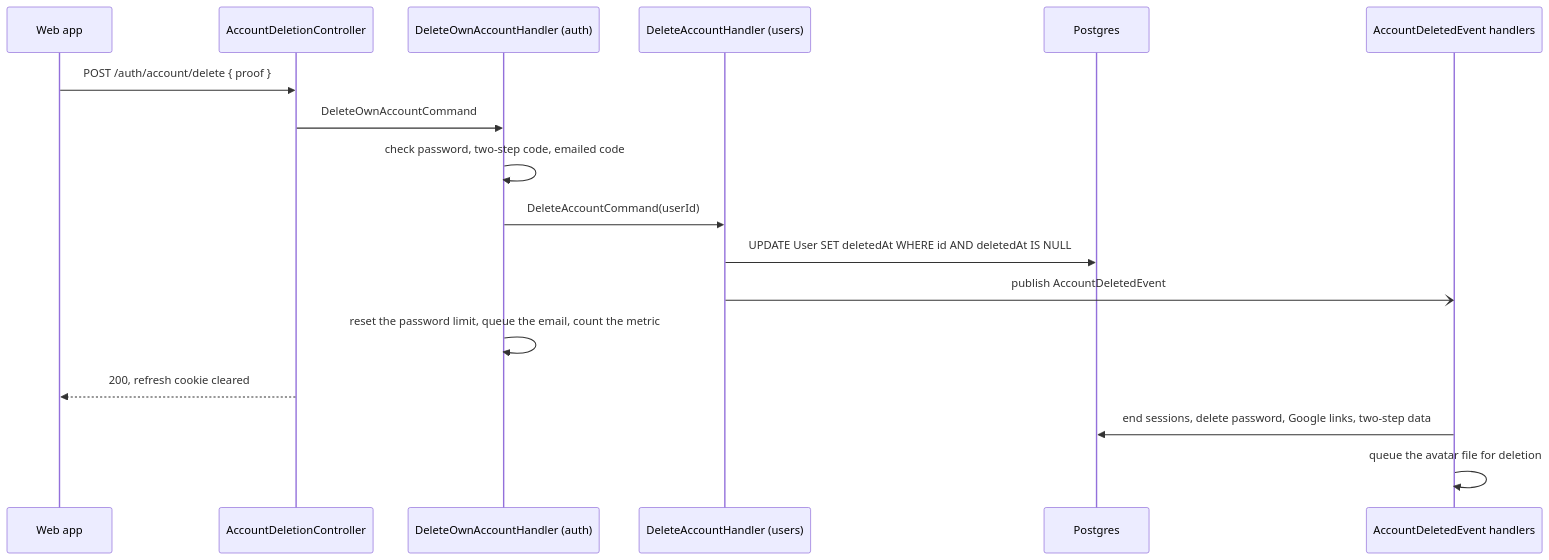
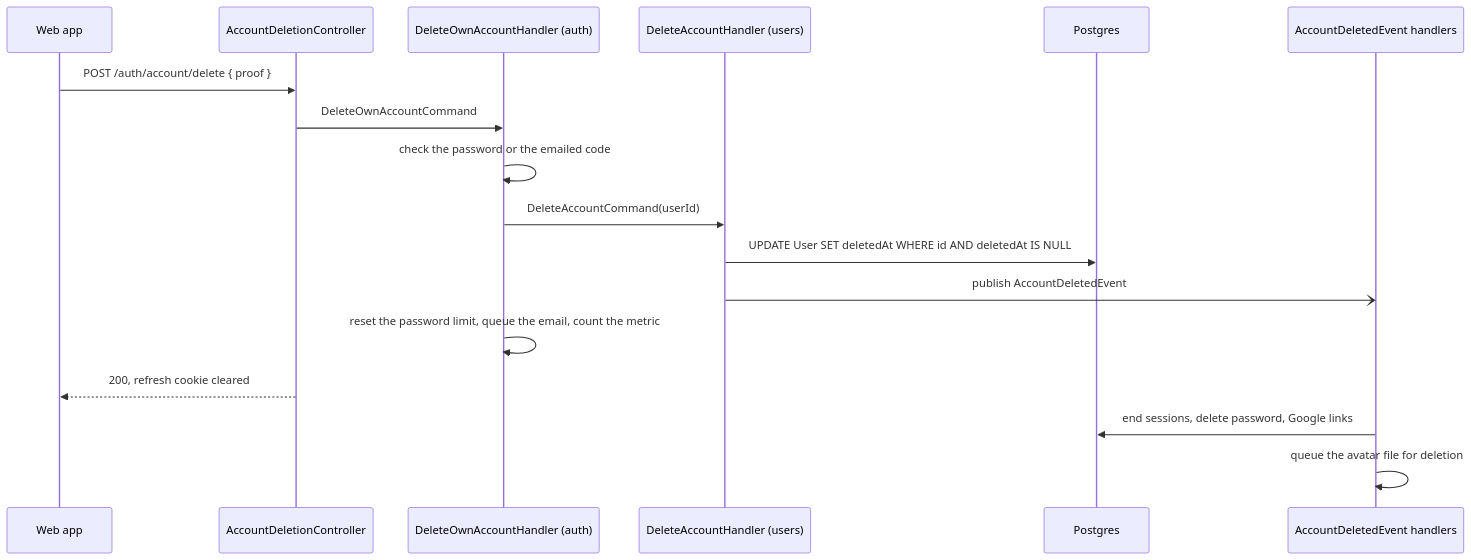
The diagram in docs/account-deletion.md (StoriuSs/NezFocus-Backend), drawn with Mermaid before and after one commit. The commit also changed other lines of this file and 177 other files, not shown here.

First line of the commit message:
refactor(auth): remove two-step sign-in and Turnstile

````diff
--- a/docs/account-deletion.md
+++ b/docs/account-deletion.md
@@ -85,19 +75,19 @@
 ```mermaid
 sequenceDiagram
     participant W as Web app
     participant C as AccountDeletionController
     participant D as DeleteOwnAccountHandler (auth)
     participant U as DeleteAccountHandler (users)
     participant DB as Postgres
     participant E as AccountDeletedEvent handlers
     W->>C: POST /auth/account/delete { proof }
     C->>D: DeleteOwnAccountCommand
-    D->>D: check password, two-step code, emailed code
+    D->>D: check the password or the emailed code
     D->>U: DeleteAccountCommand(userId)
     U->>DB: UPDATE User SET deletedAt WHERE id AND deletedAt IS NULL
     U-)E: publish AccountDeletedEvent
     D->>D: reset the password limit, queue the email, count the metric
     C-->>W: 200, refresh cookie cleared
-    E->>DB: end sessions, delete password, Google links, two-step data
+    E->>DB: end sessions, delete password, Google links
     E->>E: queue the avatar file for deletion
 ```
````
